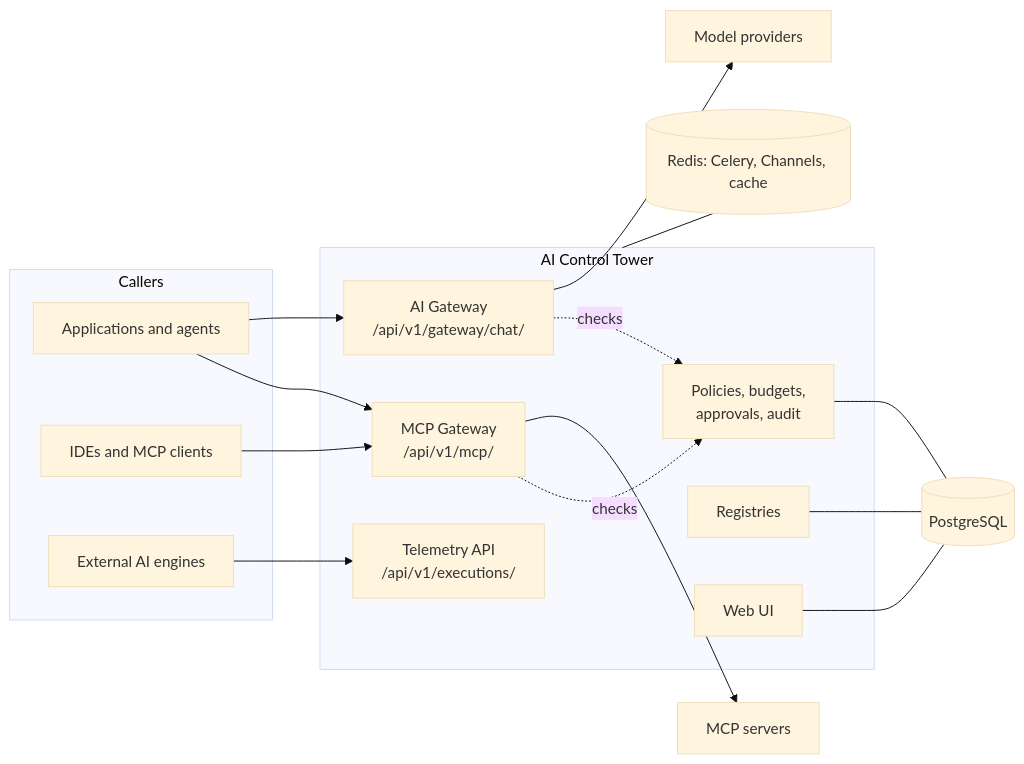
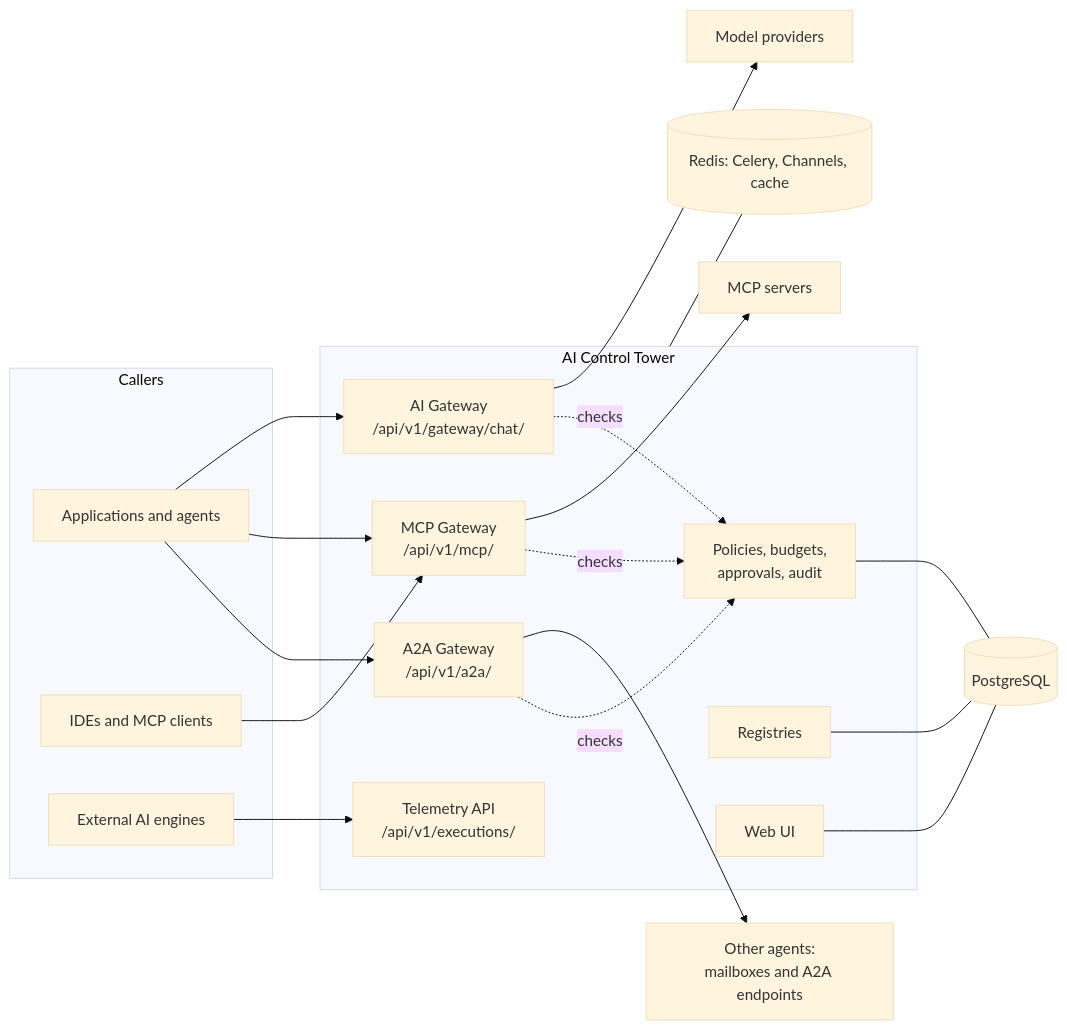
One commit to rajan24oct/AI-Control-Tower changed the diagram in README.md. Above: the diagram before and after it, drawn with Mermaid (base theme). The commit also changed other lines of this file and 133 other files, not shown here.

````diff
--- a/README.md
+++ b/README.md
@@ -50,30 +51,34 @@
 ```mermaid
 flowchart LR
     subgraph callers["Callers"]
         app["Applications and agents"]
         ide["IDEs and MCP clients"]
         engine["External AI engines"]
     end
 
     subgraph tower["AI Control Tower"]
         aigw["AI Gateway<br/>/api/v1/gateway/chat/"]
         mcpgw["MCP Gateway<br/>/api/v1/mcp/"]
+        a2agw["A2A Gateway<br/>/api/v1/a2a/"]
         telemetry["Telemetry API<br/>/api/v1/executions/"]
         governance["Policies, budgets,<br/>approvals, audit"]
         registry["Registries"]
         ui["Web UI"]
     end
 
     app --> aigw
     app --> mcpgw
+    app --> a2agw
     ide --> mcpgw
     engine --> telemetry
     aigw --> providers["Model providers"]
     mcpgw --> servers["MCP servers"]
+    a2agw --> peers["Other agents:<br/>mailboxes and A2A endpoints"]
     aigw -. checks .-> governance
     mcpgw -. checks .-> governance
+    a2agw -. checks .-> governance
     registry --- db[("PostgreSQL")]
     governance --- db
     ui --- db
     tower --- redis[("Redis: Celery, Channels, cache")]
 ```
````
